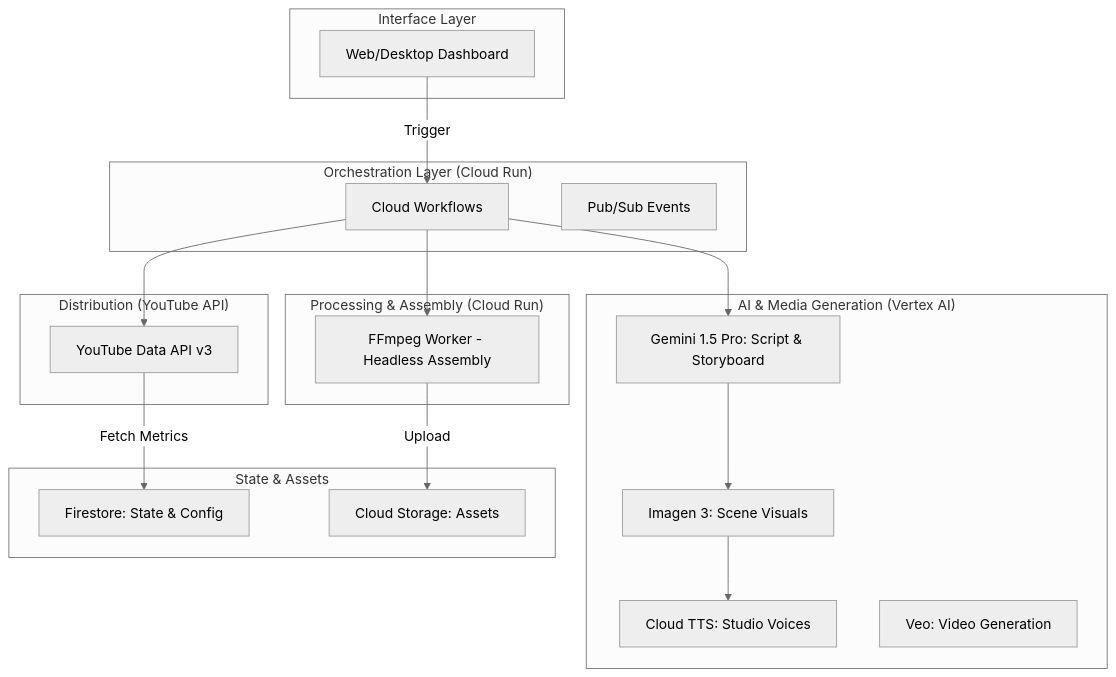
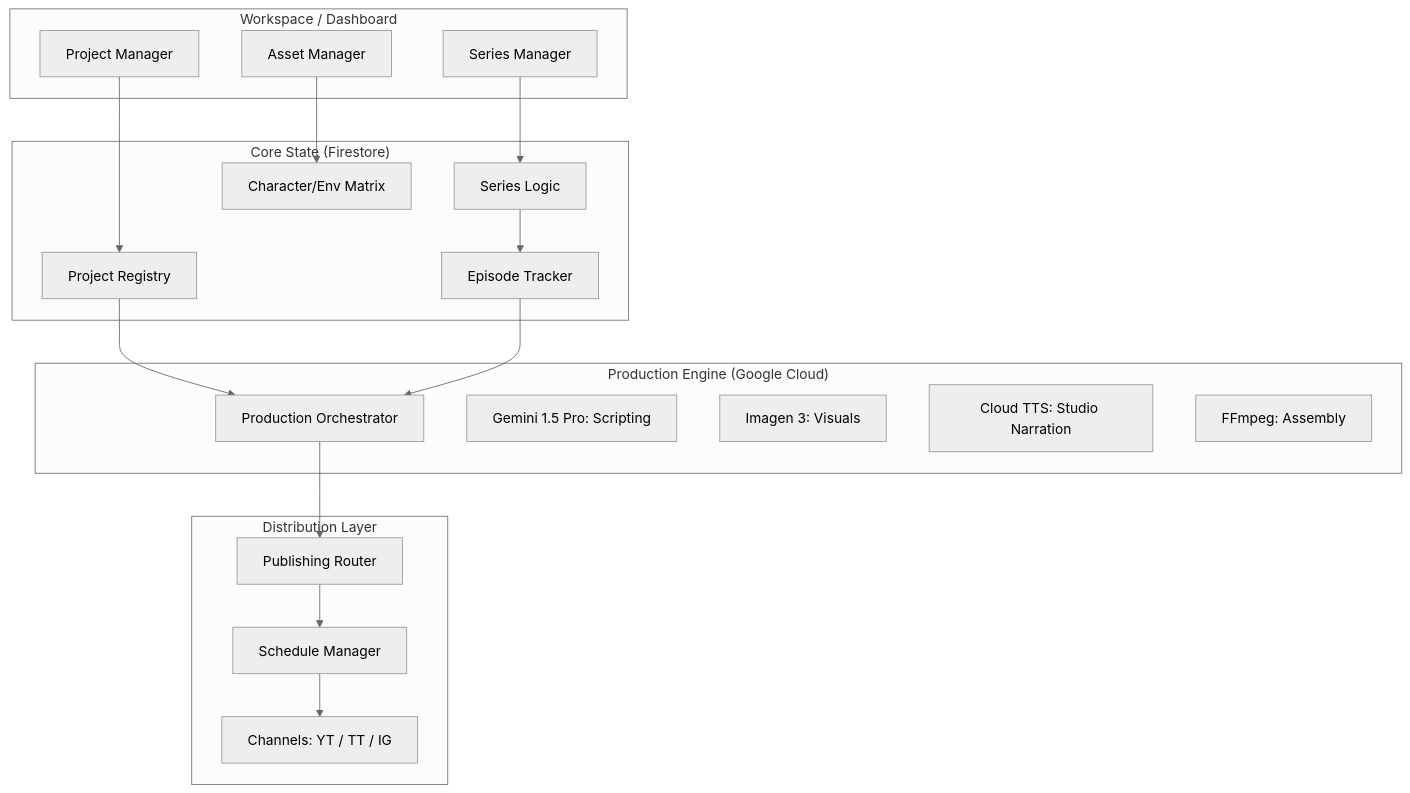
The diagram in docs/tariqtube_google_native_blueprint.md (tariqtharwat-OPS/tariqtube-2), drawn with Mermaid (neutral theme) before and after one commit. The commit also changed other lines of this file and 2 other files, not shown here.

Commit message:
Architecture Correction: Implemented Project-Centric logic and Entity Model

````diff
--- a/docs/tariqtube_google_native_blueprint.md
+++ b/docs/tariqtube_google_native_blueprint.md
@@ -17,40 +27,39 @@
 ```mermaid
 graph TD
-    subgraph "Interface Layer"
-        UI[Web/Desktop Dashboard]
+    subgraph "Workspace / Dashboard"
+        PM[Project Manager]
+        SM[Series Manager]
+        AM[Asset Manager]
     end
 
-    subgraph "Orchestration Layer (Cloud Run)"
-        CW[Cloud Workflows]
-        PS[Pub/Sub Events]
+    subgraph "Core State (Firestore)"
+        PJ[Project Registry]
+        SR[Series Logic]
+        EP[Episode Tracker]
+        AS[Character/Env Matrix]
     end
 
-    subgraph "AI & Media Generation (Vertex AI)"
-        G1[Gemini 1.5 Pro: Script & Storyboard]
-        I3[Imagen 3: Scene Visuals]
-        GT[Cloud TTS: Studio Voices]
-        VO[Veo: Video Generation]
+    subgraph "Production Engine (Google Cloud)"
+        PE[Production Orchestrator]
+        G1[Gemini 1.5 Pro: Scripting]
+        I3[Imagen 3: Visuals]
+        GT[Cloud TTS: Studio Narration]
+        FF[FFmpeg: Assembly]
     end
 
-    subgraph "Processing & Assembly (Cloud Run)"
-        FF[FFmpeg Worker - Headless Assembly]
+    subgraph "Distribution Layer"
+        PR[Publishing Router]
+        SC[Schedule Manager]
+        CH[Channels: YT / TT / IG]
     end
 
-    subgraph "State & Assets"
-        FS[Firestore: State & Config]
-        GCS[Cloud Storage: Assets]
-    end
-
-    subgraph "Distribution (YouTube API)"
-        YT[YouTube Data API v3]
-    end
-
-    UI -->|Trigger| CW
-    CW --> G1
-    G1 --> I3
-    I3 --> GT
-    CW --> FF
-    FF -->|Upload| GCS
-    CW --> YT
-    YT -->|Fetch Metrics| FS
+    PM --> PJ
+    SM --> SR
+    AM --> AS
+    PJ --> PE
+    SR --> EP
+    EP --> PE
+    PE --> PR
+    PR --> SC
+    SC --> CH
 ```
````
